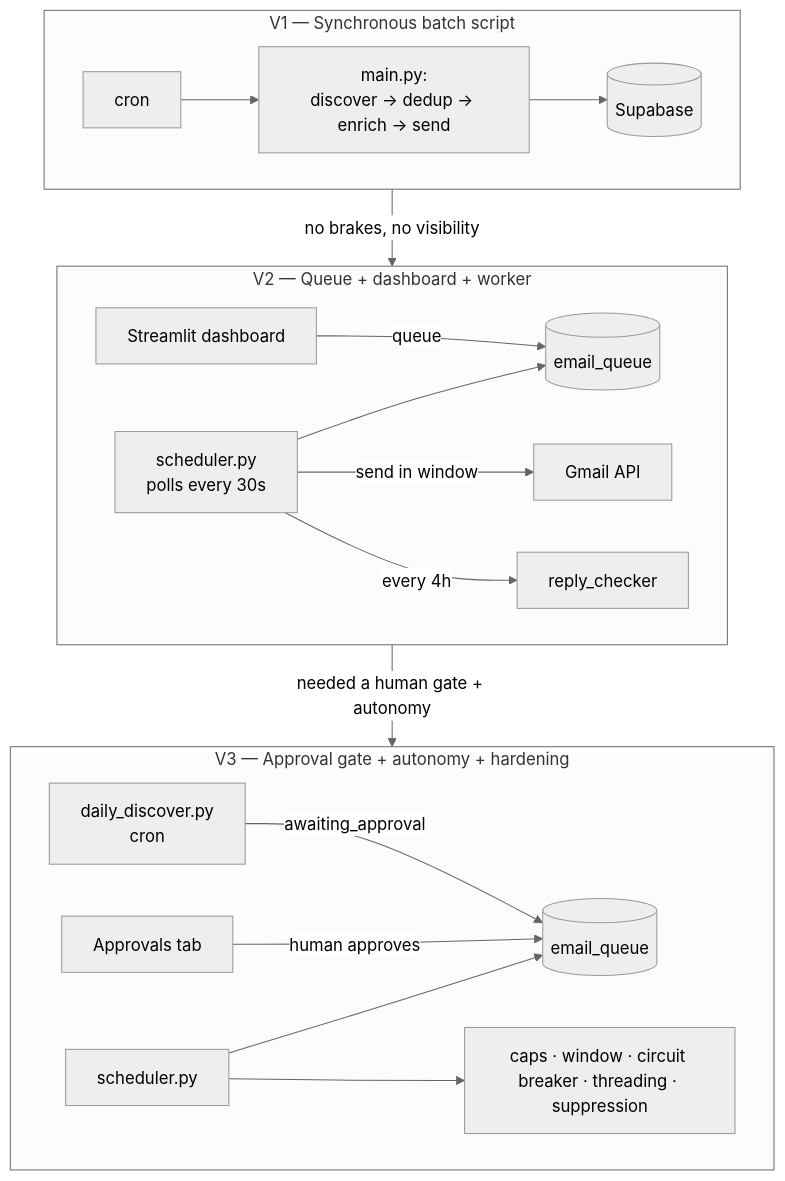
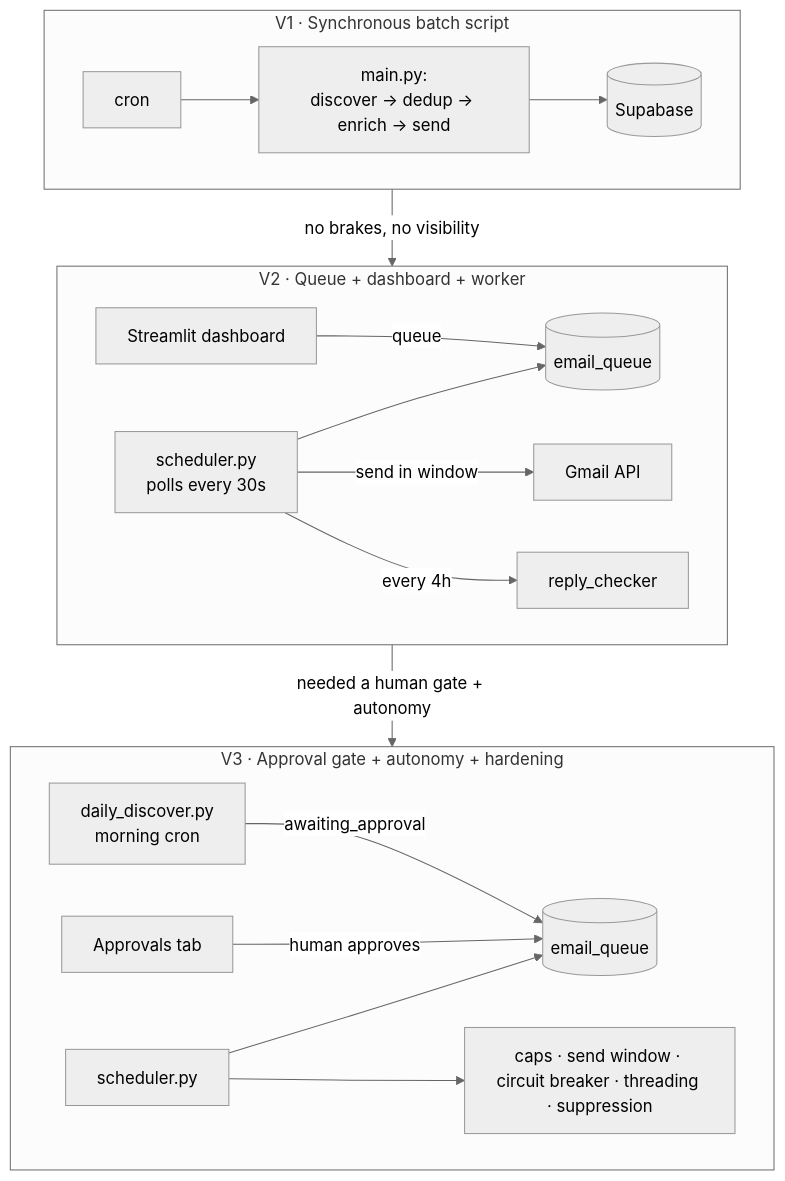
The third of 4 diagrams in outreach-agent/DEVELOPMENT_JOURNEY.md (adityasharmadotai-hash/networking-app), drawn with Mermaid (neutral theme) before and after one commit. The commit also changed other lines of this file, not shown here.

````diff
--- a/outreach-agent/DEVELOPMENT_JOURNEY.md
+++ b/outreach-agent/DEVELOPMENT_JOURNEY.md
@@ -356,27 +222,23 @@
 ```mermaid
 flowchart TB
-    subgraph V1["V1 — Synchronous batch script"]
+    subgraph V1["V1 · Synchronous batch script"]
         direction LR
-        a1[cron] --> a2[main.py:<br/>discover → dedup → enrich → send]
-        a2 --> a3[(Supabase)]
+        a1[cron] --> a2["main.py:<br/>discover → dedup → enrich → send"] --> a3[(Supabase)]
     end
-
-    subgraph V2["V2 — Queue + dashboard + worker"]
+    subgraph V2["V2 · Queue + dashboard + worker"]
         direction LR
         b1[Streamlit dashboard] -->|queue| b2[(email_queue)]
-        b3[scheduler.py<br/>polls every 30s] --> b2
+        b3["scheduler.py<br/>polls every 30s"] --> b2
         b3 -->|send in window| b4[Gmail API]
         b3 -->|every 4h| b5[reply_checker]
     end
-
-    subgraph V3["V3 — Approval gate + autonomy + hardening"]
+    subgraph V3["V3 · Approval gate + autonomy + hardening"]
         direction LR
-        c1[daily_discover.py<br/>cron] -->|awaiting_approval| c2[(email_queue)]
+        c1["daily_discover.py<br/>morning cron"] -->|awaiting_approval| c2[(email_queue)]
         c3[Approvals tab] -->|human approves| c2
         c4[scheduler.py] --> c2
-        c4 --> c5[caps · window · circuit breaker · threading · suppression]
+        c4 --> c5[caps · send window · circuit breaker · threading · suppression]
     end
-
     V1 -->|"no brakes, no visibility"| V2
     V2 -->|"needed a human gate + autonomy"| V3
 ```
````
